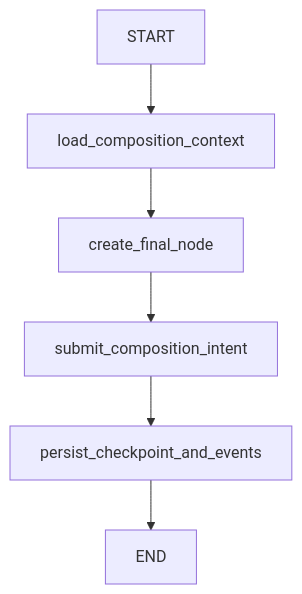
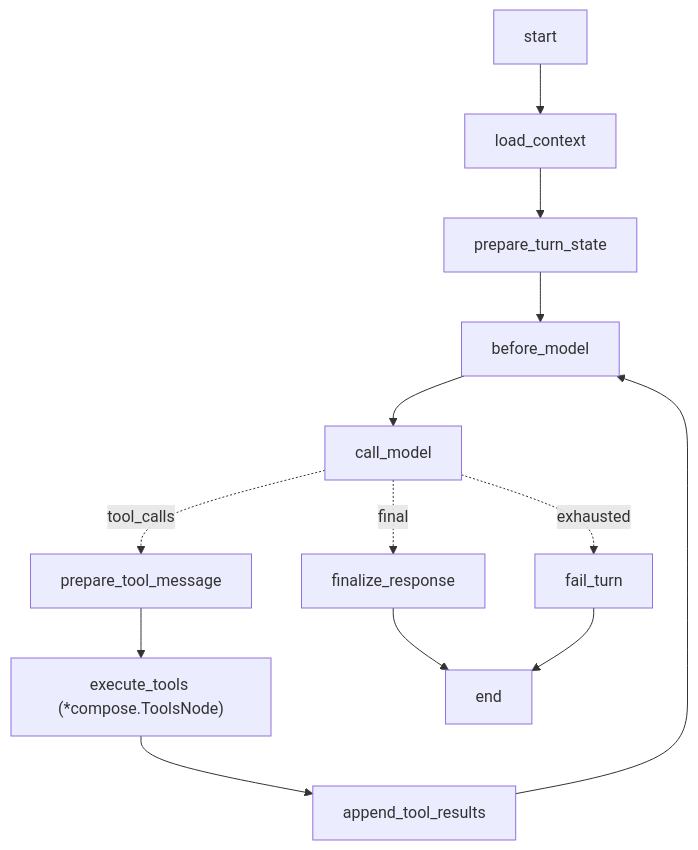
The fourth of 7 diagrams in docs/engineering/agent-multiagent-architecture.md (sinmaystar/clip-anvil), drawn with Mermaid before and after one commit. The commit also changed other lines of this file and 29 other files, not shown here.

````diff
--- a/docs/engineering/agent-multiagent-architecture.md
+++ b/docs/engineering/agent-multiagent-architecture.md
@@ -241,8 +241,15 @@
 ```mermaid
 flowchart TD
-  START["START"] --> load_composition_context["load_composition_context"]
-  load_composition_context --> create_final_node["create_final_node"]
-  create_final_node --> submit_composition_intent["submit_composition_intent"]
-  submit_composition_intent --> persist_checkpoint_and_events["persist_checkpoint_and_events"]
-  persist_checkpoint_and_events --> END["END"]
+  START["start"] --> load_context["load_context"]
+  load_context --> prepare_turn_state["prepare_turn_state"]
+  prepare_turn_state --> before_model["before_model"]
+  before_model --> call_model["call_model"]
+  call_model -. "tool_calls" .-> prepare_tool_message["prepare_tool_message"]
+  prepare_tool_message --> execute_tools["execute_tools (*compose.ToolsNode)"]
+  execute_tools --> append_tool_results["append_tool_results"]
+  append_tool_results --> before_model
+  call_model -. "final" .-> finalize_response["finalize_response"]
+  call_model -. "exhausted" .-> fail_turn["fail_turn"]
+  finalize_response --> END["end"]
+  fail_turn --> END
 ```
````
